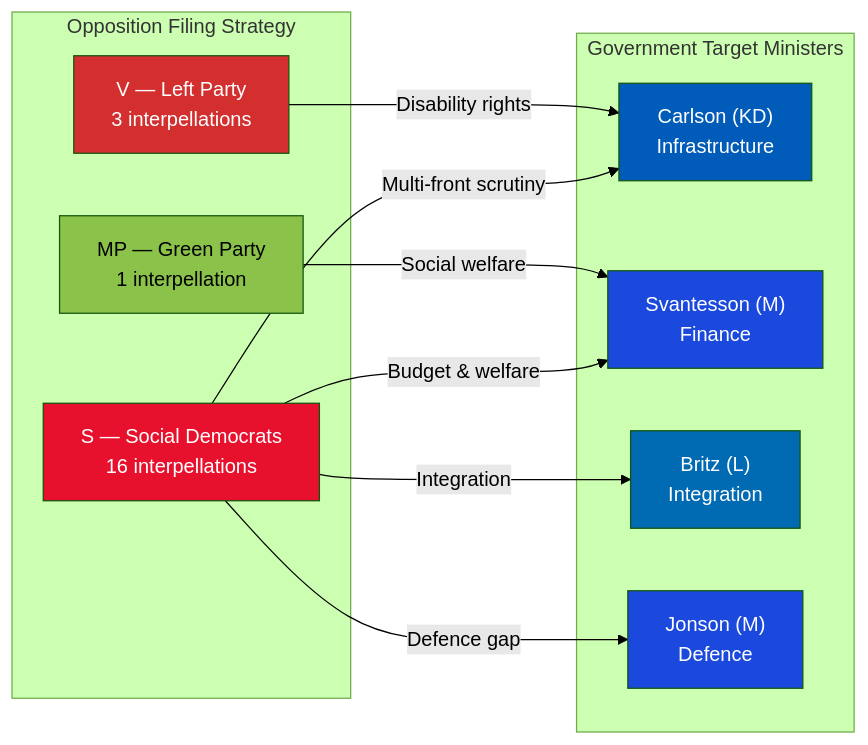
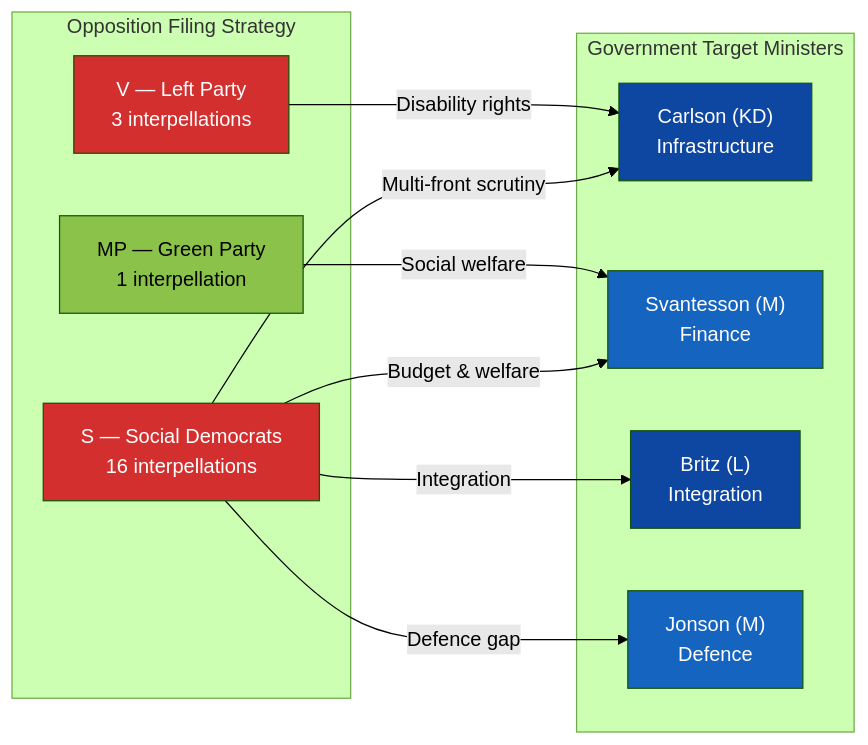
One commit to Hack23/riksdagsmonitor changed the second of 2 diagrams in analysis/daily/2026-04-03/interpellations/classification-results.md. Above: the diagram before and after it, drawn with Mermaid (forest theme). The commit also changed 121 other files, not shown here.

````diff
--- a/analysis/daily/2026-04-03/interpellations/classification-results.md
+++ b/analysis/daily/2026-04-03/interpellations/classification-results.md
@@ -52,30 +52,30 @@
 ```mermaid
 graph LR
     subgraph "Opposition Filing Strategy"
         S["S — Social Democrats<br/>16 interpellations"]
         V["V — Left Party<br/>3 interpellations"]
         MP["MP — Green Party<br/>1 interpellation"]
     end
 
     subgraph "Government Target Ministers"
         KC["Carlson (KD)<br/>Infrastructure"]
         MS["Svantesson (M)<br/>Finance"]
         BL["Britz (L)<br/>Integration"]
         PJ["Jonson (M)<br/>Defence"]
     end
 
     S -->|"Multi-front scrutiny"| KC
     S -->|"Budget & welfare"| MS
     S -->|"Integration"| BL
     V -->|"Disability rights"| KC
     MP -->|"Social welfare"| MS
     S -->|"Defence gap"| PJ
 
-    style S fill:#e8112d,color:#FFFFFF
+    style S fill:#D32F2F,color:#FFFFFF
     style V fill:#D32F2F,color:#FFFFFF
     style MP fill:#8BC34A,color:#000000
-    style KC fill:#005cb8,color:#FFFFFF
-    style MS fill:#1b49dd,color:#FFFFFF
-    style BL fill:#006ab3,color:#FFFFFF
-    style PJ fill:#1b49dd,color:#FFFFFF
+    style KC fill:#0D47A1,color:#FFFFFF
+    style MS fill:#1565C0,color:#FFFFFF
+    style BL fill:#0D47A1,color:#FFFFFF
+    style PJ fill:#1565C0,color:#FFFFFF
 ```
````
